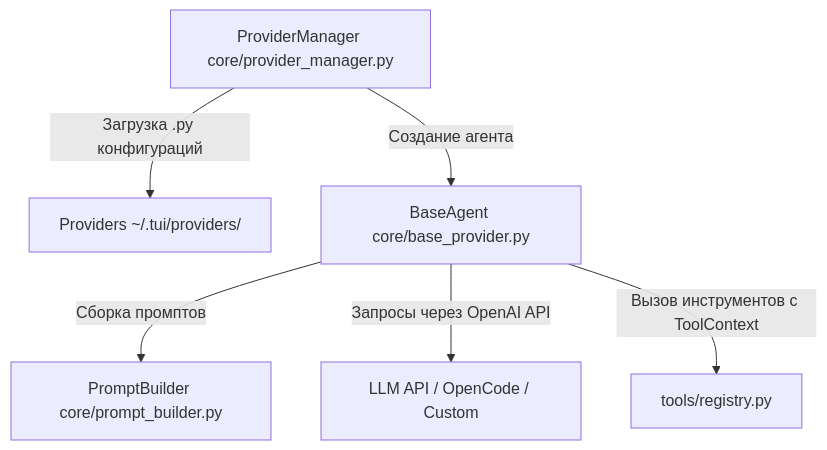
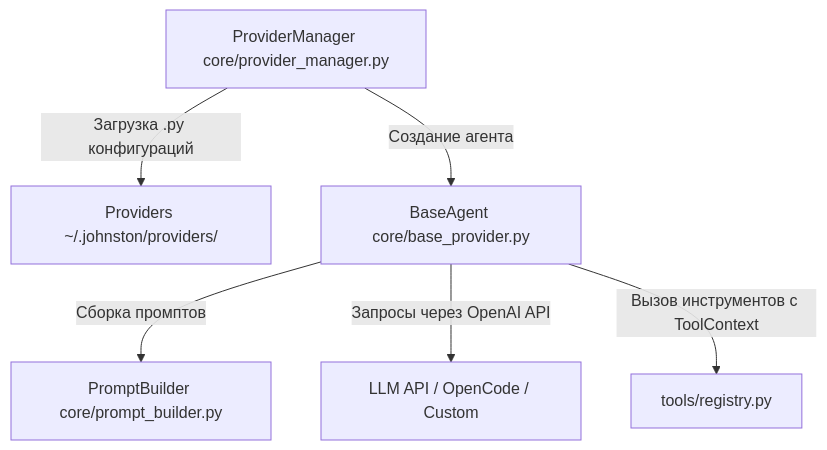
Before and after one commit to p4ulbr4dl3y/johnston: the diagram in AGENTS.md, drawn with Mermaid. The commit also changed other lines of this file and 16 other files, not shown here.

Commit message:
refactor: rename project from tui to johnston

````diff
--- a/AGENTS.md
+++ b/AGENTS.md
@@ -9,8 +9,8 @@
 ```mermaid
 graph TD
-    PM[ProviderManager core/provider_manager.py] -->|Загрузка .py конфигураций| P[Providers ~/.tui/providers/]
+    PM[ProviderManager core/provider_manager.py] -->|Загрузка .py конфигураций| P[Providers ~/.johnston/providers/]
     PM -->|Создание агента| Agent[BaseAgent core/base_provider.py]
     Agent -->|Сборка промптов| PB[PromptBuilder core/prompt_builder.py]
     Agent -->|Запросы через OpenAI API| LLM[LLM API / OpenCode / Custom]
     Agent -->|Вызов инструментов с ToolContext| Tools[tools/registry.py]
 ```
````
